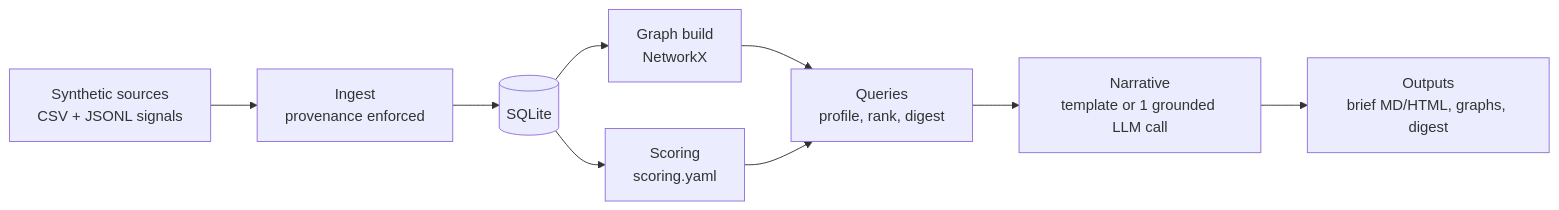
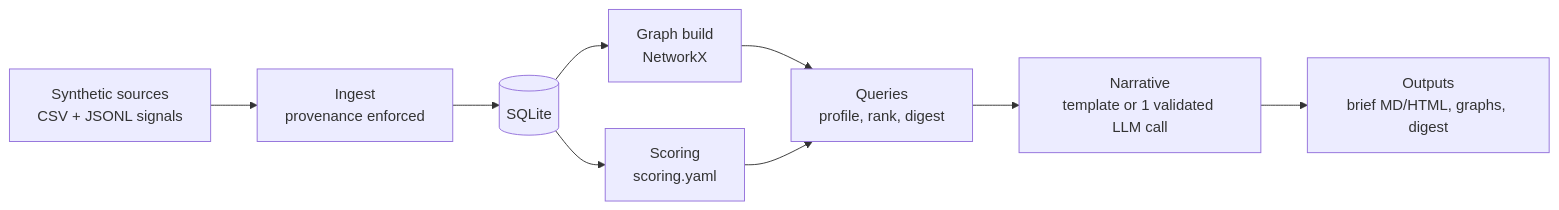
Before and after one commit to beatzgpt/commercial-intelligence-graph: the diagram in README.md, drawn with Mermaid. The commit also changed other lines of this file and 8 other files, not shown here.

````diff
--- a/README.md
+++ b/README.md
@@ -27,11 +30,11 @@
 ```mermaid
 flowchart LR
     A[Synthetic sources<br/>CSV + JSONL signals] --> B[Ingest<br/>provenance enforced]
     B --> C[(SQLite)]
     C --> D[Graph build<br/>NetworkX]
     C --> E[Scoring<br/>scoring.yaml]
     D --> F[Queries<br/>profile, rank, digest]
     E --> F
-    F --> G[Narrative<br/>template or 1 grounded LLM call]
+    F --> G[Narrative<br/>template or 1 validated LLM call]
     G --> H[Outputs<br/>brief MD/HTML, graphs, digest]
 ```
````
